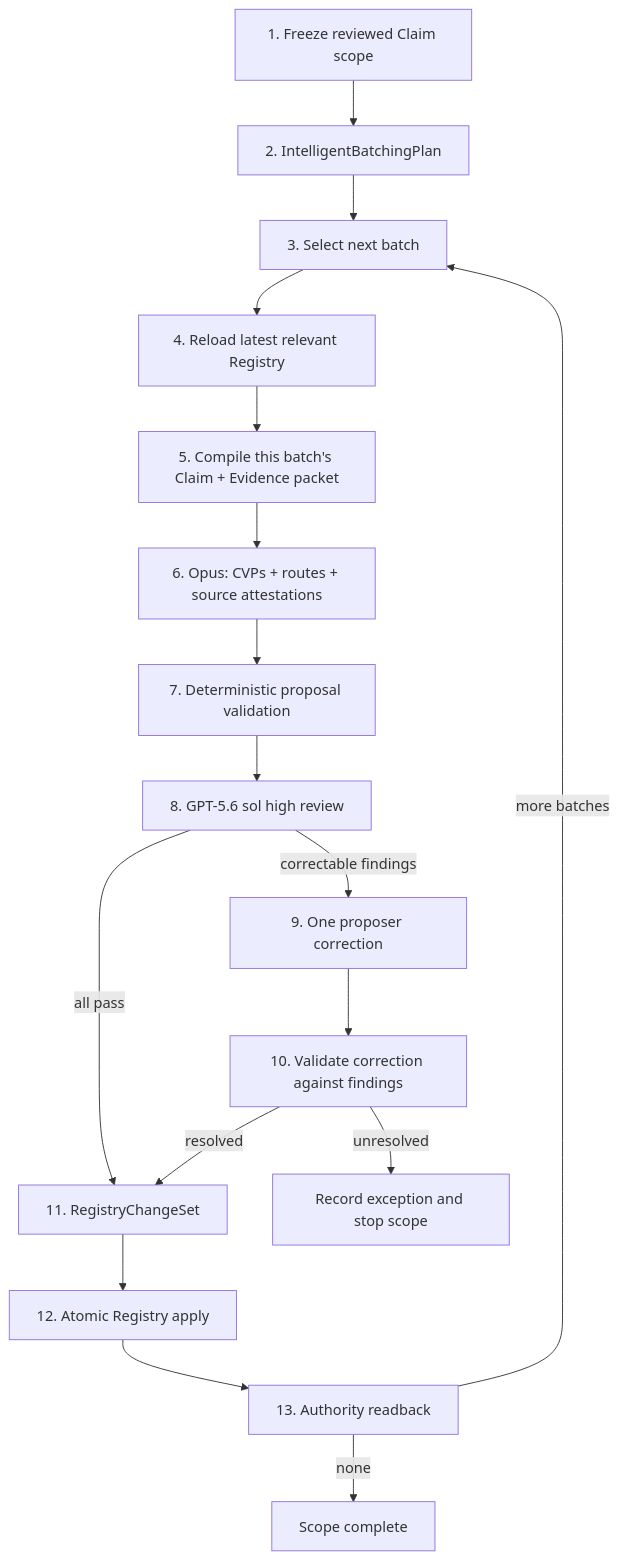
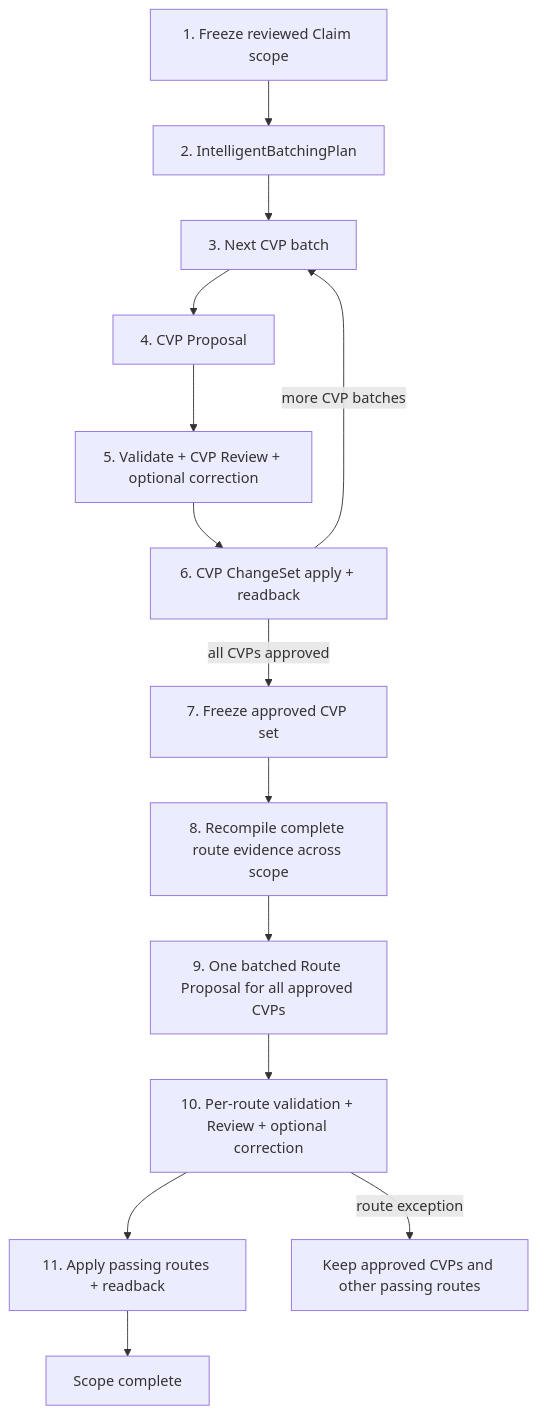
The third of 7 diagrams in docs/wang-knowledge-platform/canonical_viewpoint_registry_design_v1.md (junyang168/smart-answer), drawn with Mermaid before and after one commit. The commit also changed other lines of this file, not shown here.

Commit message:
docs(wang): separate approved viewpoint route phase

````diff
--- a/docs/wang-knowledge-platform/canonical_viewpoint_registry_design_v1.md
+++ b/docs/wang-knowledge-platform/canonical_viewpoint_registry_design_v1.md
@@ -983,19 +953,16 @@
 ```mermaid
 flowchart TD
     S["1. Freeze reviewed Claim scope"] --> I["2. IntelligentBatchingPlan"]
-    I --> N["3. Select next batch"]
-    N --> R0["4. Reload latest relevant Registry"]
-    R0 --> E["5. Compile this batch's Claim + Evidence packet"]
-    E --> P["6. Opus: CVPs + routes + source attestations"]
-    P --> D["7. Deterministic proposal validation"]
-    D --> R["8. GPT-5.6 sol high review"]
-    R -->|"all pass"| C["11. RegistryChangeSet"]
-    R -->|"correctable findings"| O["9. One proposer correction"]
-    O --> V["10. Validate correction against findings"]
-    V -->|"resolved"| C
-    V -->|"unresolved"| X["Record exception and stop scope"]
-    C --> A["12. Atomic Registry apply"]
-    A --> B["13. Authority readback"]
-    B -->|"more batches"| N
-    B -->|"none"| Z["Scope complete"]
+    I --> N["3. Next CVP batch"]
+    N --> P["4. CVP Proposal"]
+    P --> R["5. Validate + CVP Review + optional correction"]
+    R --> C["6. CVP ChangeSet apply + readback"]
+    C -->|"more CVP batches"| N
+    C -->|"all CVPs approved"| F["7. Freeze approved CVP set"]
+    F --> E["8. Recompile complete route evidence across scope"]
+    E --> RP["9. One batched Route Proposal for all approved CVPs"]
+    RP --> RR["10. Per-route validation + Review + optional correction"]
+    RR --> RA["11. Apply passing routes + readback"]
+    RR -->|"route exception"| RX["Keep approved CVPs and other passing routes"]
+    RA --> Z["Scope complete"]
 ```
````
